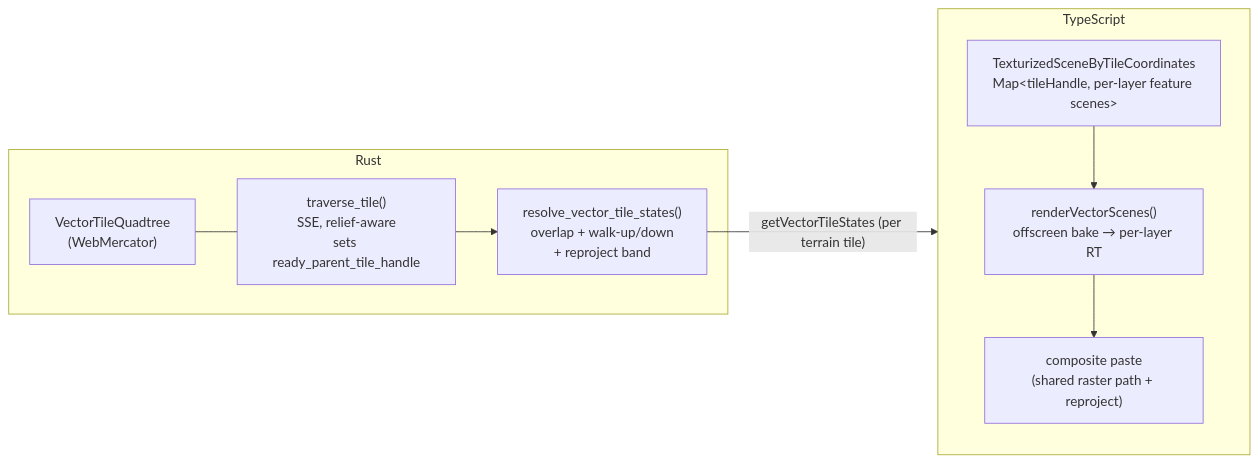
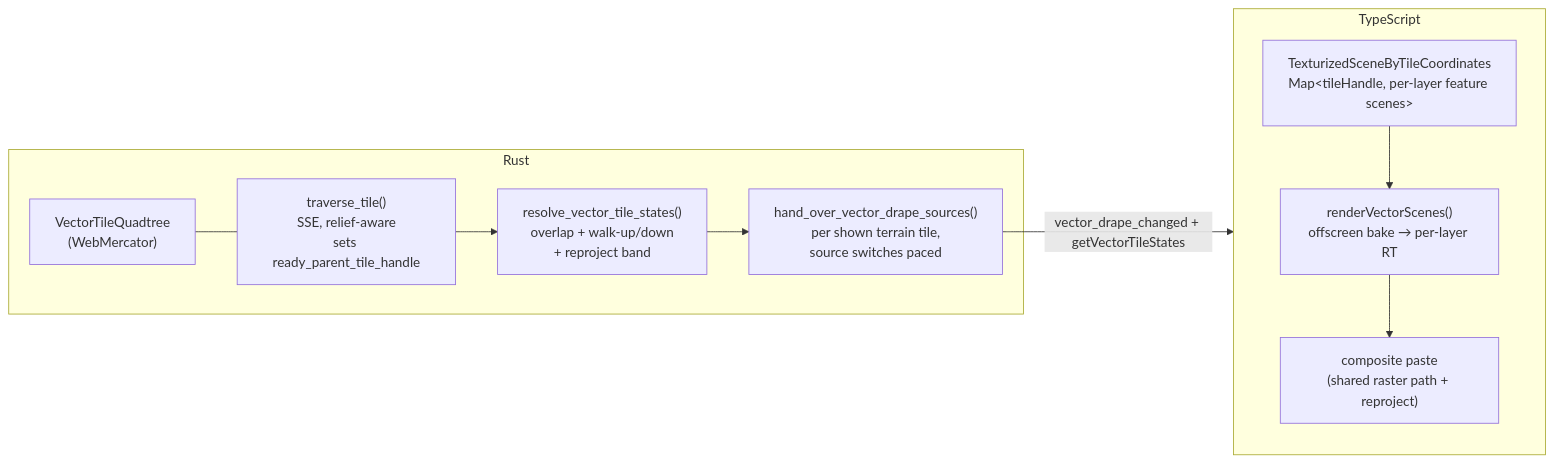
The first of 2 diagrams in guide/VECTOR_TILE_DRAPING.md (keiya01/navara), drawn with Mermaid before and after one commit. The commit also changed other lines of this file and 88 other files, not shown here.

````diff
--- a/guide/VECTOR_TILE_DRAPING.md
+++ b/guide/VECTOR_TILE_DRAPING.md
@@ -67,17 +67,19 @@
 ```mermaid
 flowchart LR
   subgraph Rust
     VQT["VectorTileQuadtree<br/>(WebMercator)"]
     TR["traverse_tile()<br/>SSE, relief-aware<br/>sets ready_parent_tile_handle"]
     VQT --- TR
     RES["resolve_vector_tile_states()<br/>overlap + walk-up/down<br/>+ reproject band"]
     TR --> RES
+    HO["hand_over_vector_drape_sources()<br/>per shown terrain tile,<br/>source switches paced"]
+    RES --> HO
   end
-  RES -->|"getVectorTileStates (per terrain tile)"| JS
+  HO -->|"vector_drape_changed + getVectorTileStates"| JS
   subgraph JS["TypeScript"]
     CACHE["TexturizedSceneByTileCoordinates<br/>Map&lt;tileHandle, per-layer feature scenes&gt;"]
     BAKE["renderVectorScenes()<br/>offscreen bake → per-layer RT"]
     COMP["composite paste<br/>(shared raster path + reproject)"]
     CACHE --> BAKE --> COMP
   end
 ```
````
